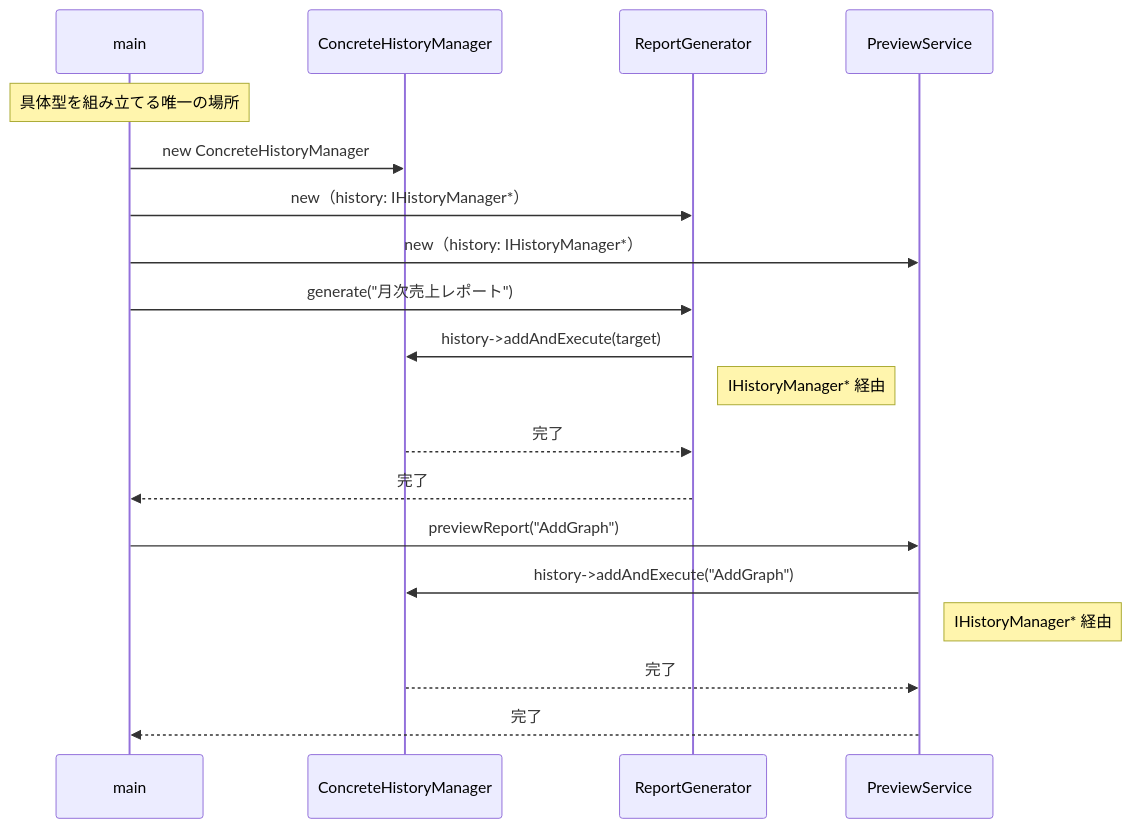
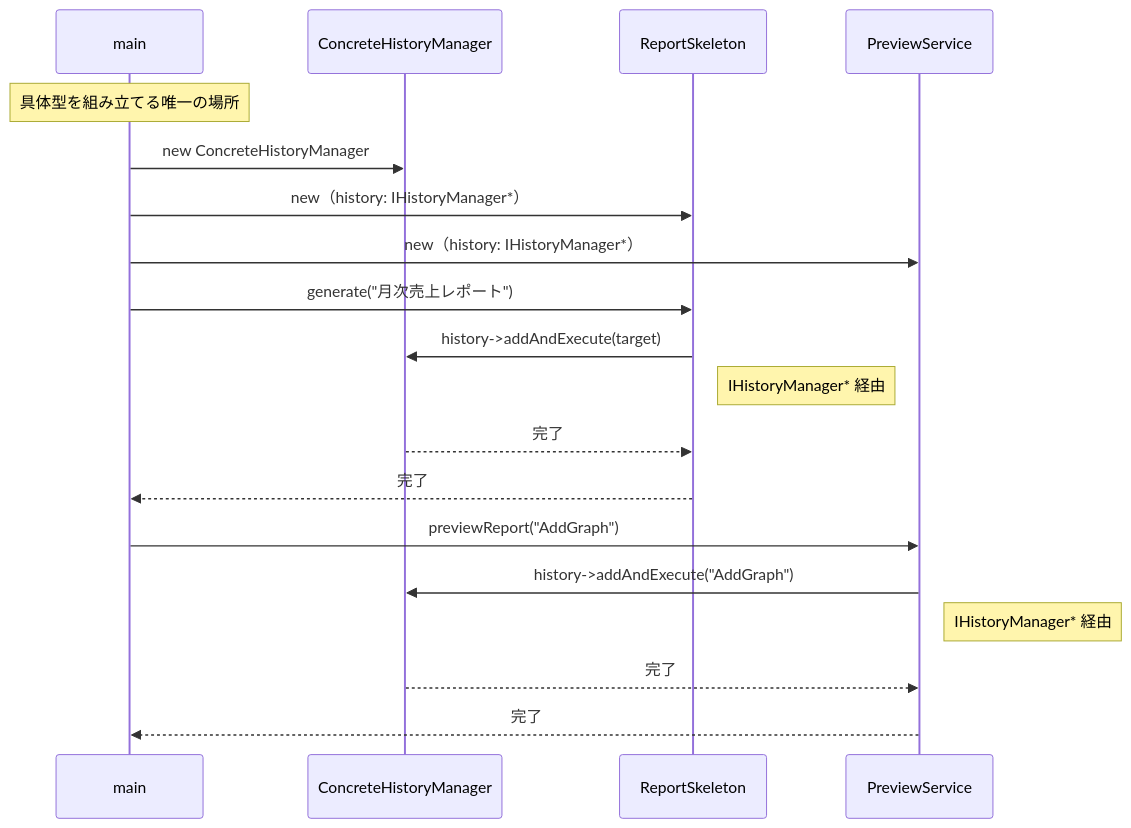
Before and after one commit to kumachan1101-pixel/DesignPattern: the seventh of 9 diagrams in kindle/design-patterns/output/chapter11.md, drawn with Mermaid. The commit also changed other lines of this file, not shown here.

````diff
--- a/kindle/design-patterns/output/chapter11.md
+++ b/kindle/design-patterns/output/chapter11.md
@@ -882,21 +1146,21 @@
 ```mermaid
 sequenceDiagram
     participant main
     participant CHM as ConcreteHistoryManager
-    participant RG as ReportGenerator
+    participant RG as ReportSkeleton
     participant PS as PreviewService
     Note over main: 具体型を組み立てる唯一の場所
     main->>CHM: new ConcreteHistoryManager
     main->>RG: new（history: IHistoryManager*）
     main->>PS: new（history: IHistoryManager*）
     main->>RG: generate("月次売上レポート")
     RG->>CHM: history->addAndExecute(target)
     Note right of RG: IHistoryManager* 経由
     CHM-->>RG: 完了
     RG-->>main: 完了
     main->>PS: previewReport("AddGraph")
     PS->>CHM: history->addAndExecute("AddGraph")
     Note right of PS: IHistoryManager* 経由
     CHM-->>PS: 完了
     PS-->>main: 完了
 ```
````
